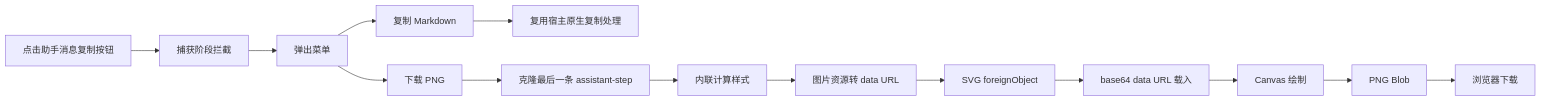
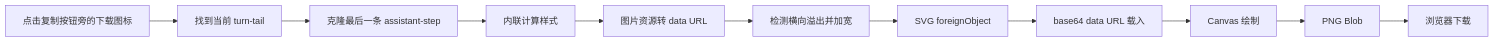
One commit to gghyoo/dsh-copy-image-menu changed the diagram in README.md. Above: the diagram before and after it, drawn with Mermaid. The commit also changed other lines of this file and 4 other files, not shown here.

````diff
--- a/README.md
+++ b/README.md
@@ -101,16 +95,13 @@
 ```mermaid
 flowchart LR
-  A[点击助手消息复制按钮] --> B[捕获阶段拦截]
-  B --> C[弹出菜单]
-  C --> D[复制 Markdown]
-  C --> E[下载 PNG]
-  D --> F[复用宿主原生复制处理]
-  E --> G[克隆最后一条 assistant-step]
-  G --> H[内联计算样式]
-  H --> I[图片资源转 data URL]
-  I --> J[SVG foreignObject]
-  J --> K[base64 data URL 载入]
-  K --> L[Canvas 绘制]
-  L --> M[PNG Blob]
-  M --> N[浏览器下载]
+  A[点击复制按钮旁的下载图标] --> B[找到当前 turn-tail]
+  B --> C[克隆最后一条 assistant-step]
+  C --> D[内联计算样式]
+  D --> E[图片资源转 data URL]
+  E --> F[检测横向溢出并加宽]
+  F --> G[SVG foreignObject]
+  G --> H[base64 data URL 载入]
+  H --> I[Canvas 绘制]
+  I --> J[PNG Blob]
+  J --> K[浏览器下载]
 ```
````
